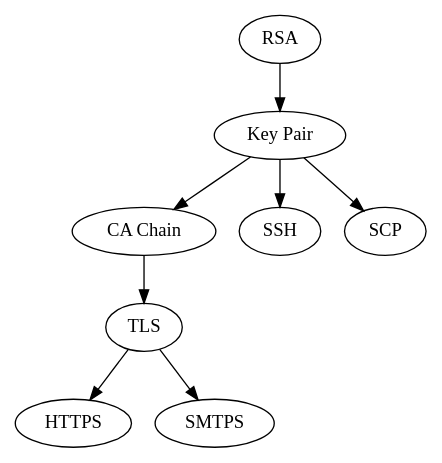
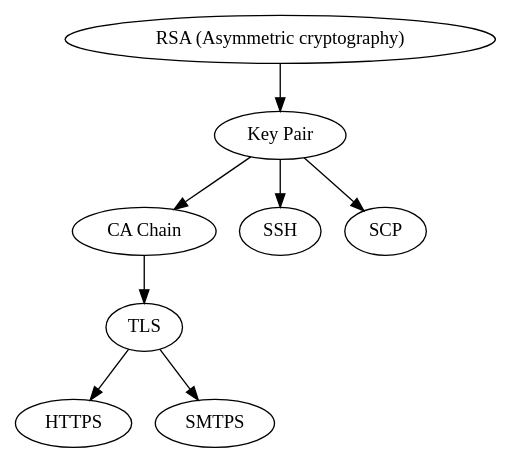
The first of 2 diagrams in src/regular/mTLS-E2E.md (Soontao/presentations), drawn with Graphviz before and after one commit. The commit also changed other lines of this file and 2 other files, not shown here.

````diff
--- a/src/regular/mTLS-E2E.md
+++ b/src/regular/mTLS-E2E.md
@@ -14,10 +50,10 @@
 ```graphviz
 digraph G  {
   kp [label="Key Pair"];
   
-	RSA -> kp;
+	"RSA (Asymmetric cryptography)" -> kp;
   kp -> {"CA Chain" SSH SCP};
   "CA Chain" -> {TLS};
   TLS -> {HTTPS SMTPS};
 }
 ```
````
